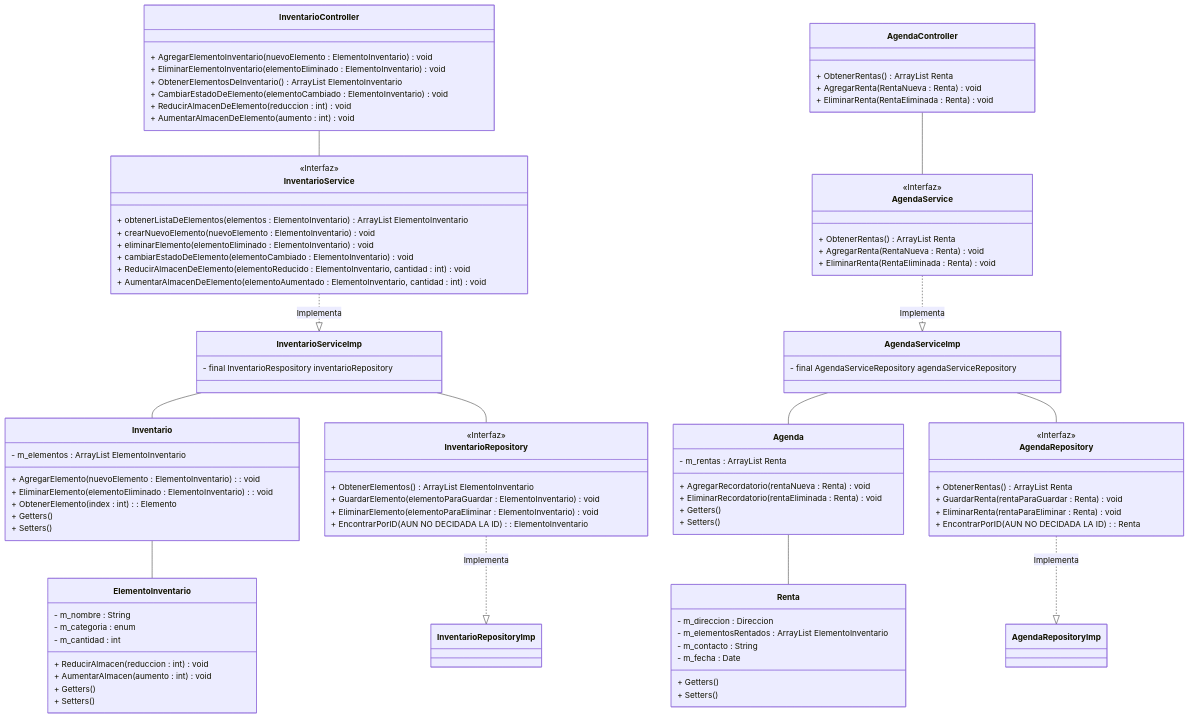
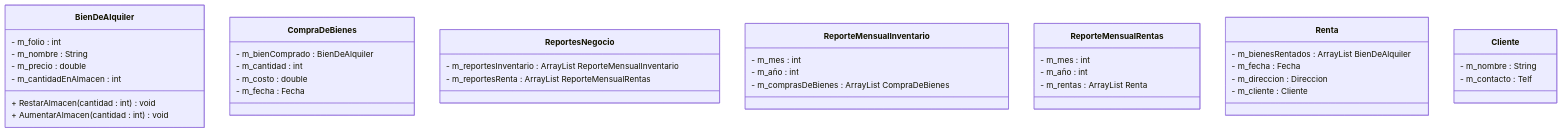
One commit to JuanJoseVargasArvizu/ProyectoPromotoraEventos changed the diagram in Documentacion/Diagramas/DiagramaDeClases.mmd. Above: the diagram before and after it, drawn with Mermaid.

Commit message:
Cambios al diagrama de clases, empezamos otravez

```diff
--- a/Documentacion/Diagramas/DiagramaDeClases.mmd
+++ b/Documentacion/Diagramas/DiagramaDeClases.mmd
@@ -1,126 +1,48 @@
-
-%% Checar metodo InventarioService/InventarioController - CambiarEstadoDeElemento
-%% No seguro de que deberia de enviar para establecer el estado por el que sera cambiado el elemento
-
 classDiagram
 
 
-    Inventario -- ElementoInventario
-    Agenda -- Renta
 
-    InventarioService ..|> InventarioServiceImp : Implementa
-    InventarioController -- InventarioService
-    InventarioServiceImp -- Inventario
-    InventarioServiceImp -- InventarioRepository
-    InventarioRepository ..|> InventarioRepositoryImp : Implementa
+class BienDeAlquiler{
+    - m_folio : int
+    - m_nombre : String
+    - m_precio : double
+    - m_cantidadEnAlmacen : int
+    + RestarAlmacen(cantidad : int) void
+    + AumentarAlmacen(cantidad : int) void
+}
 
-    AgendaService ..|> AgendaServiceImp : Implementa
-    AgendaController -- AgendaService
-    AgendaServiceImp -- Agenda
-    AgendaServiceImp -- AgendaRepository
-    AgendaRepository ..|> AgendaRepositoryImp : Implementa
+class CompraDeBienes{
+    - m_bienComprado : BienDeAlquiler
+    - m_cantidad : int
+    - m_costo : double
+    - m_fecha : Fecha
+}
 
+class ReportesNegocio{
+    - m_reportesInventario : ArrayList ReporteMensualInventario
+    - m_reportesRenta : ArrayList ReporteMensualRentas
+}
 
+class ReporteMensualInventario{
+    - m_mes : int
+    - m_año : int
+    - m_comprasDeBienes : ArrayList CompraDeBienes
+}
 
-    class InventarioService{
-      <<Interfaz>>
-      + obtenerListaDeElementos(elementos : ElementoInventario) ArrayList ElementoInventario
-      + crearNuevoElemento(nuevoElemento : ElementoInventario) void
-      + eliminarElemento(elementoEliminado : ElementoInventario) void
-      + cambiarEstadoDeElemento(elementoCambiado : ElementoInventario) void
-      + ReducirAlmacenDeElemento(elementoReducido : ElementoInventario, cantidad : int) void
-      + AumentarAlmacenDeElemento(elementoAumentado : ElementoInventario, cantidad : int) void
-    
-    }
+class ReporteMensualRentas{
+    - m_mes : int
+    - m_año : int
+    - m_rentas : ArrayList Renta
+}
 
-    class AgendaService{
-      <<Interfaz>>
-      + ObtenerRentas() ArrayList Renta
-      + AgregarRenta(RentaNueva : Renta) void
-      + EliminarRenta(RentaEliminada : Renta) void
-    }
+class Renta{
+    - m_bienesRentados : ArrayList BienDeAlquiler
+    - m_fecha : Fecha
+    - m_direccion : Direccion
+    - m_cliente : Cliente
+}
 
-    class InventarioServiceImp{
-      - final InventarioRespository inventarioRepository
-    }
-
-     class AgendaServiceImp{
-      - final AgendaServiceRepository agendaServiceRepository
-    }
-
-
-    class InventarioController{
-      + AgregarElementoInventario(nuevoElemento : ElementoInventario) void
-      + EliminarElementoInventario(elementoEliminado : ElementoInventario) void
-      + ObtenerElementosDeInventario() ArrayList ElementoInventario
-      + CambiarEstadoDeElemento(elementoCambiado : ElementoInventario) void
-      + ReducirAlmacenDeElemento(reduccion : int) void
-      + AumentarAlmacenDeElemento(aumento : int) void
-    }
-
-    class AgendaController{
-      + ObtenerRentas() ArrayList Renta
-      + AgregarRenta(RentaNueva : Renta) void
-      + EliminarRenta(RentaEliminada : Renta) void
-    }
-
-    class ElementoInventario{
-      - m_nombre : String
-      - m_categoria : enum
-      - m_cantidad : int
-      
-      + ReducirAlmacen(reduccion : int) void
-      + AumentarAlmacen( aumento : int) void
-      + Getters()
-      + Setters()
-    }
-
-    class Inventario{
-      - m_elementos : ArrayList ElementoInventario
-      + AgregarElemento(nuevoElemento : ElementoInventario) : void
-      + EliminarElemento(elementoEliminado : ElementoInventario) : void
-      + ObtenerElemento(index : int) : Elemento
-      + Getters()
-      + Setters()
-    }
-
-    class Renta{
-      - m_direccion : Direccion
-      - m_elementosRentados : ArrayList ElementoInventario
-      - m_contacto : String
-      - m_fecha : Date
-      + Getters()
-      + Setters()
-    }
-
-    class Agenda{
-      - m_rentas : ArrayList Renta
-      + AgregarRecordatorio(rentaNueva : Renta) void
-      + EliminarRecordatorio(rentaEliminada : Renta) void
-            + Getters()
-      + Setters()
-    }
-
-    class InventarioRepository{
-      <<Interfaz>>
-      + ObtenerElementos() ArrayList ElementoInventario
-      + GuardarElemento(elementoParaGuardar : ElementoInventario) void
-      + EliminarElemento(elementoParaEliminar : ElementoInventario) void
-      + EncontrarPorID(AUN NO DECIDADA LA ID) : ElementoInventario
-    }
-
-    class InventarioRepositoryImp{
-      
-    }
-
-    class AgendaRepository{
-      <<Interfaz>>
-      + ObtenerRentas() ArrayList Renta
-      + GuardarRenta(rentaParaGuardar : Renta) void
-      + EliminarRenta(rentaParaEliminar : Renta) void
-      + EncontrarPorID(AUN NO DECIDADA LA ID) : Renta
-    }
-
-    class AgendaRepositoryImp{
-
-    }
+class Cliente{
+    - m_nombre : String
+    - m_contacto : Telf
+}
```
